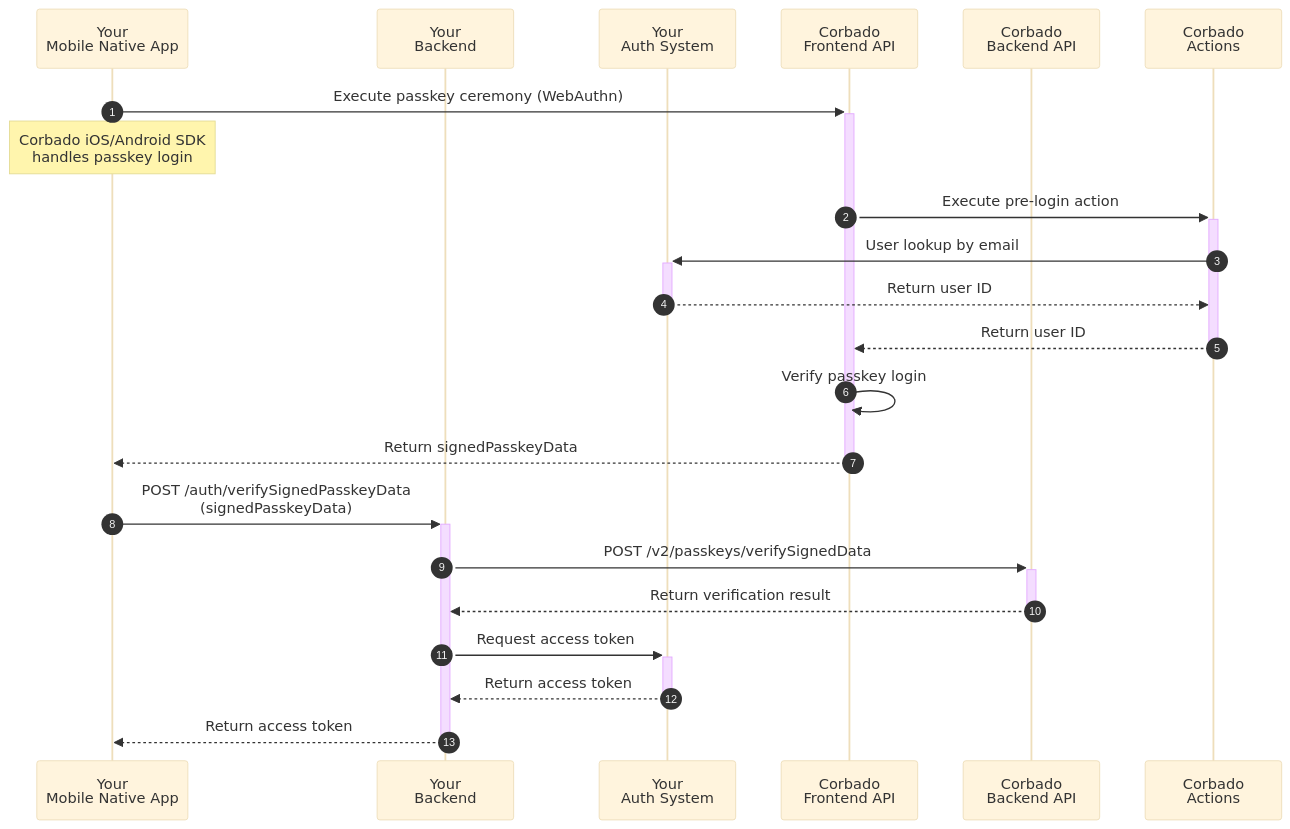
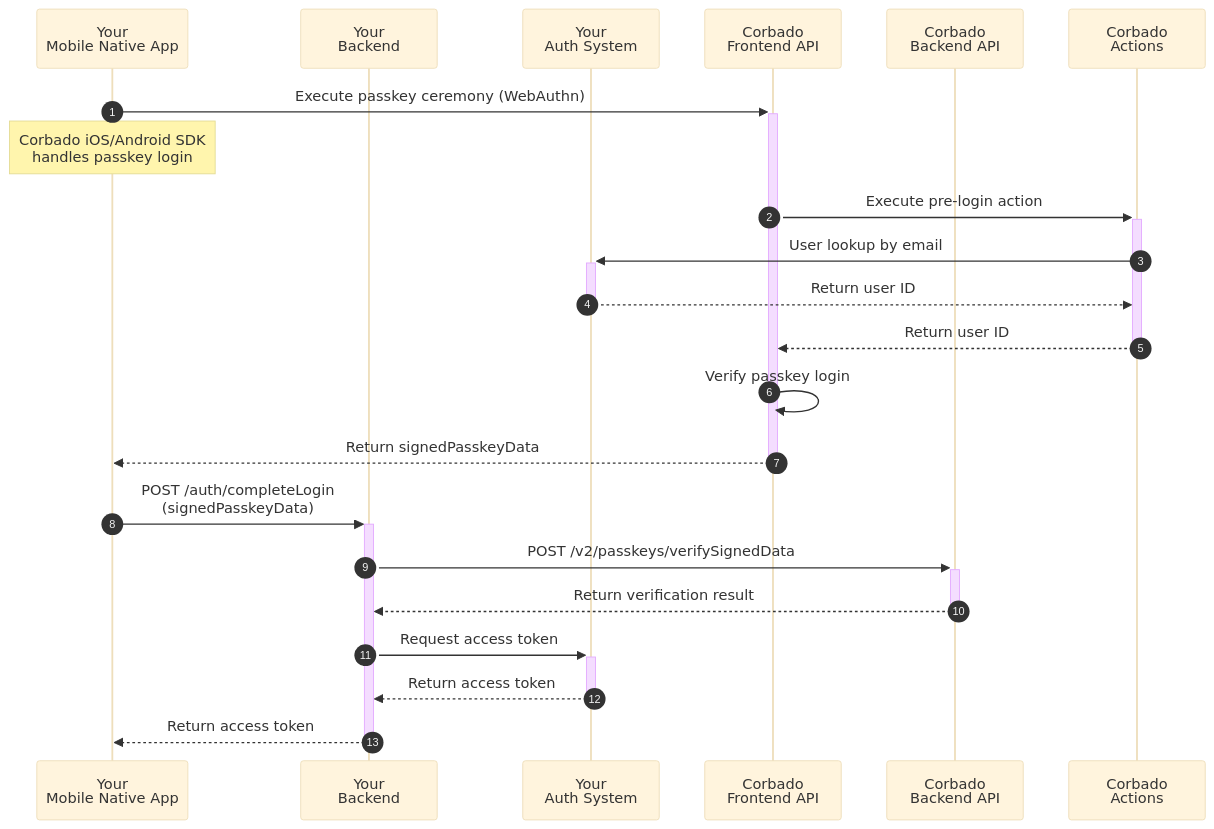
The second of 3 diagrams in corbado-connect/integration/generic/native-mobile.mdx (corbadotech/docs), drawn with Mermaid (base theme) before and after one commit. The commit also changed other lines of this file and 2 other files, not shown here.

Commit message:
Renamed endpoint /auth/verifySignedPasskeyData to /auth/completeLogin

````diff
--- a/corbado-connect/integration/generic/native-mobile.mdx
+++ b/corbado-connect/integration/generic/native-mobile.mdx
@@ -468,26 +469,26 @@
 ```mermaid
 sequenceDiagram
     autonumber
     participant App as Your<br/>Mobile Native App
     participant Backend as Your<br/>Backend
     participant IdP as Your<br/>Auth System
     participant FAPI as Corbado<br/>Frontend API
     participant BAPI as Corbado<br/>Backend API
     participant Actions as Corbado<br/>Actions
 
     App->>+FAPI: Execute passkey ceremony (WebAuthn)
     Note over App: Corbado iOS/Android SDK<br/>handles passkey login
     FAPI->>+Actions: Execute pre-login action
     Actions->>+IdP: User lookup by email
     IdP-->>-Actions: Return user ID
     Actions-->>-FAPI: Return user ID
     FAPI->>FAPI: Verify passkey login
     FAPI-->>-App: Return signedPasskeyData
 
-    App->>+Backend: POST /auth/verifySignedPasskeyData<br/>(signedPasskeyData)
+    App->>+Backend: POST /auth/completeLogin<br/>(signedPasskeyData)
     Backend->>+BAPI: POST /v2/passkeys/verifySignedData
     BAPI-->>-Backend: Return verification result
     Backend->>+IdP: Request access token
     IdP-->>-Backend: Return access token
     Backend-->>-App: Return access token
 ```
````
